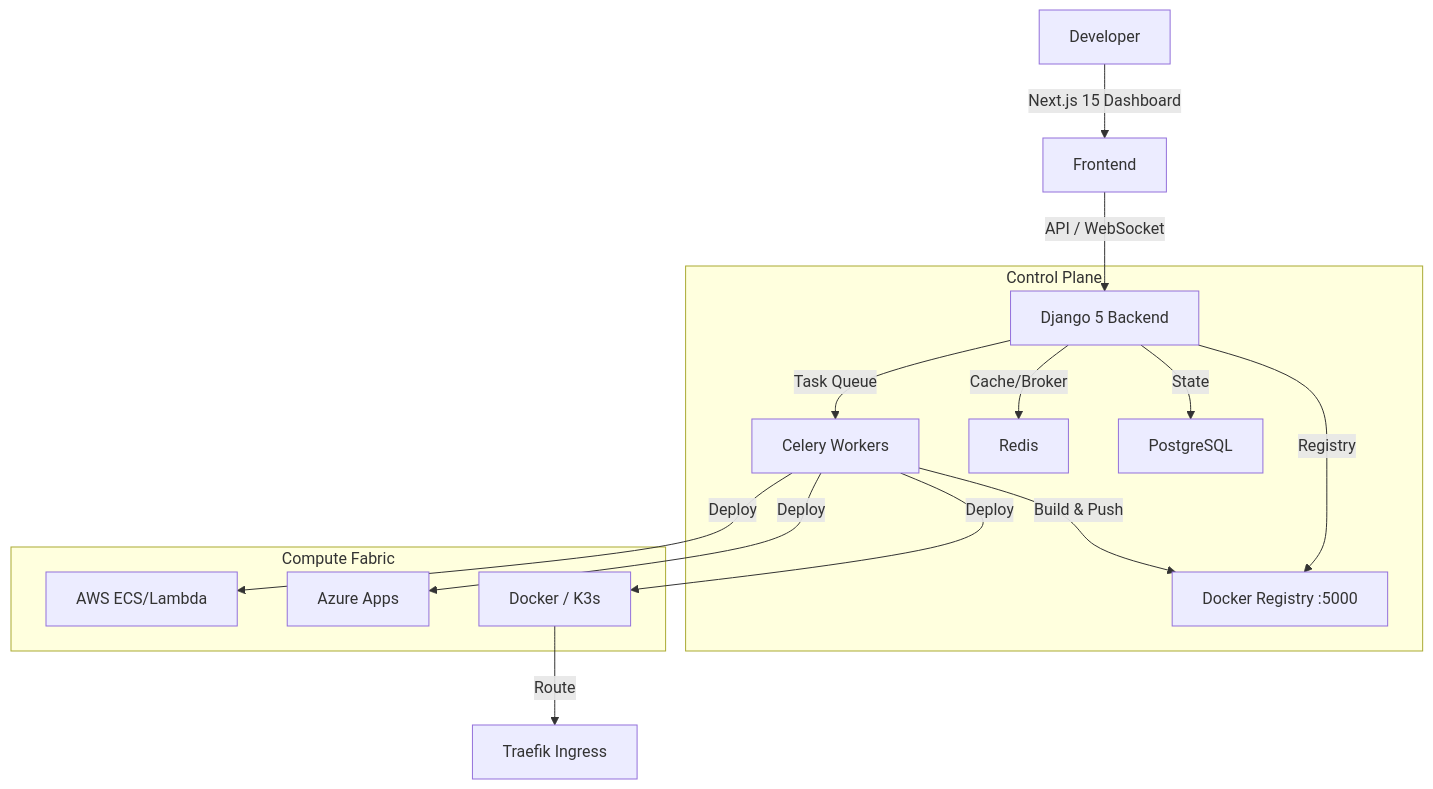
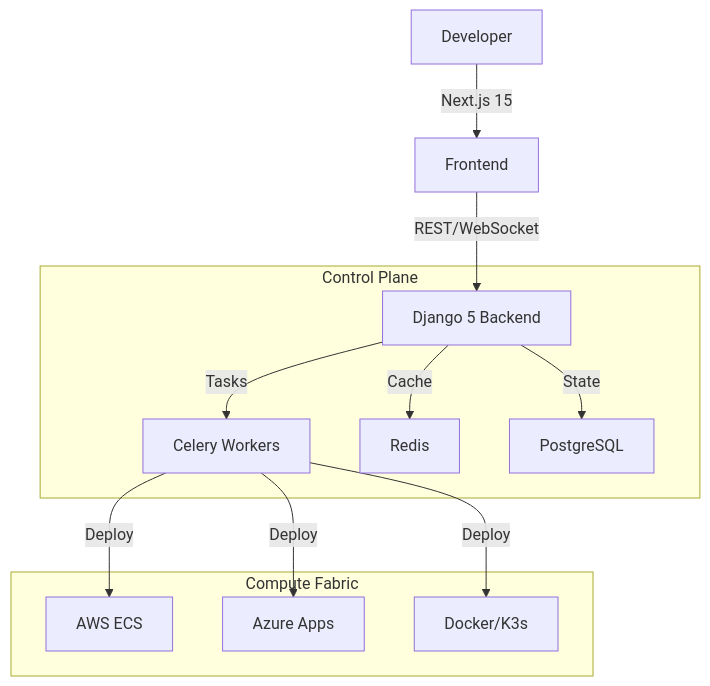
Before and after one commit to SMSLYCLOUD/smsly-hosting: the diagram in README.md, drawn with Mermaid. The commit also changed other lines of this file and 7 other files, not shown here.

````diff
--- a/README.md
+++ b/README.md
@@ -82,21 +110,17 @@
 ```mermaid
 graph TD
-    User[Developer] -->|Next.js 15 Dashboard| UI[Frontend]
-    UI -->|API / WebSocket| API[Django 5 Backend]
+    User[Developer] -->|Next.js 15| UI[Frontend]
+    UI -->|REST/WebSocket| API[Django 5 Backend]
 
-    subgraph "Control Plane"
-        API -->|Task Queue| Celery[Celery Workers]
-        API -->|Cache/Broker| Redis
+    subgraph Control Plane
+        API -->|Tasks| Celery[Celery Workers]
+        API -->|Cache| Redis
         API -->|State| PG[PostgreSQL]
-        API -->|Registry| Reg[Docker Registry :5000]
     end
 
-    subgraph "Compute Fabric"
-        Celery -->|Build & Push| Reg
-        Celery -->|Deploy| AWS[AWS ECS/Lambda]
+    subgraph Compute Fabric
+        Celery -->|Deploy| AWS[AWS ECS]
         Celery -->|Deploy| Azure[Azure Apps]
-        Celery -->|Deploy| Local[Docker / K3s]
+        Celery -->|Deploy| Local[Docker/K3s]
     end
-
-    Local -->|Route| Traefik[Traefik Ingress]
 ```
````
